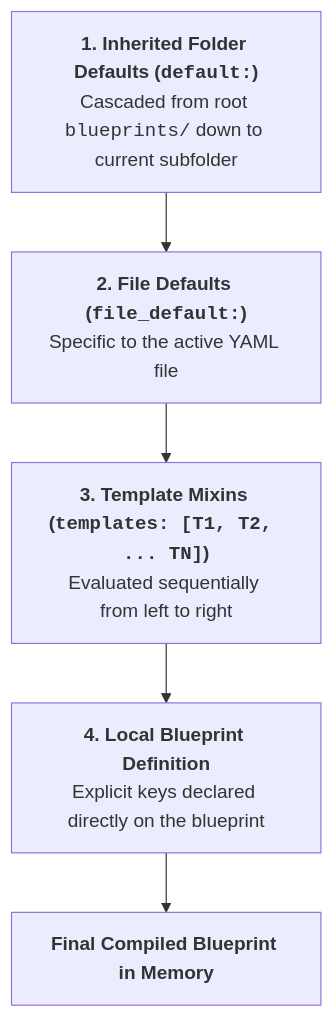
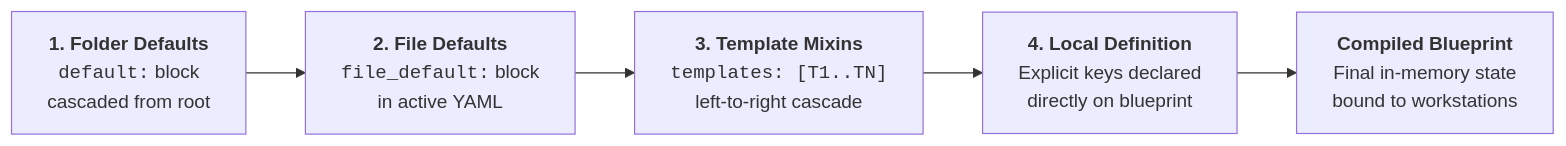
The diagram in docs/authoring/reusable-templates.md (XZtotal/CraftingBlueprints-Wiki), drawn with Mermaid before and after one commit. The commit also changed 15 other files, not shown here.

Commit message:
style(docs): center diagrams, widen linear flows, reduce font size, and set table padding to 0.5rem

````diff
--- a/docs/authoring/reusable-templates.md
+++ b/docs/authoring/reusable-templates.md
@@ -160,10 +160,10 @@
 ```mermaid
-flowchart TD
-    F["<b>1. Inherited Folder Defaults (<code>default:</code>)</b><br/>Cascaded from root <code>blueprints/</code> down to current subfolder"]
-    File["<b>2. File Defaults (<code>file_default:</code>)</b><br/>Specific to the active YAML file"]
-    T["<b>3. Template Mixins (<code>templates: [T1, T2, ... TN]</code>)</b><br/>Evaluated sequentially from left to right"]
-    L["<b>4. Local Blueprint Definition</b><br/>Explicit keys declared directly on the blueprint"]
-    Mem["<b>Final Compiled Blueprint in Memory</b>"]
+flowchart LR
+    F["<b>1. Folder Defaults</b><br/><code>default:</code> block<br/>cascaded from root"]
+    File["<b>2. File Defaults</b><br/><code>file_default:</code> block<br/>in active YAML"]
+    T["<b>3. Template Mixins</b><br/><code>templates: [T1..TN]</code><br/>left-to-right cascade"]
+    L["<b>4. Local Definition</b><br/>Explicit keys declared<br/>directly on blueprint"]
+    Mem["<b>Compiled Blueprint</b><br/>Final in-memory state<br/>bound to workstations"]
 
     F --> File --> T --> L --> Mem
 ```
````
